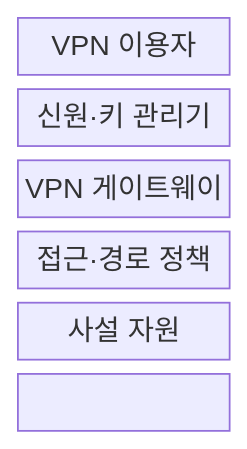
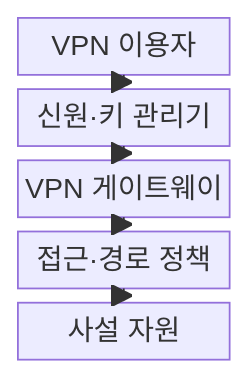
The first of 2 diagrams in src/content/docs/notes/04-network/089_vpn.md (agnusdei1207/knowledge-base), drawn with Mermaid before and after one commit. The commit also changed other lines of this file and 20 other files, not shown here.

````diff
--- a/src/content/docs/notes/04-network/089_vpn.md
+++ b/src/content/docs/notes/04-network/089_vpn.md
@@ -55,11 +60,13 @@
 ```mermaid
 block-beta
     columns 1
     USER["VPN 이용자"]
     IDENTITY["신원·키 관리기"]
     GATEWAY["VPN 게이트웨이"]
     POLICY["접근·경로 정책"]
     RESOURCE["사설 자원"]
-    USER --- IDENTITY --- GATEWAY
-    GATEWAY --- POLICY --- RESOURCE
+    USER --> IDENTITY
+    IDENTITY --> GATEWAY
+    GATEWAY --> POLICY
+    POLICY --> RESOURCE
 ```
````
